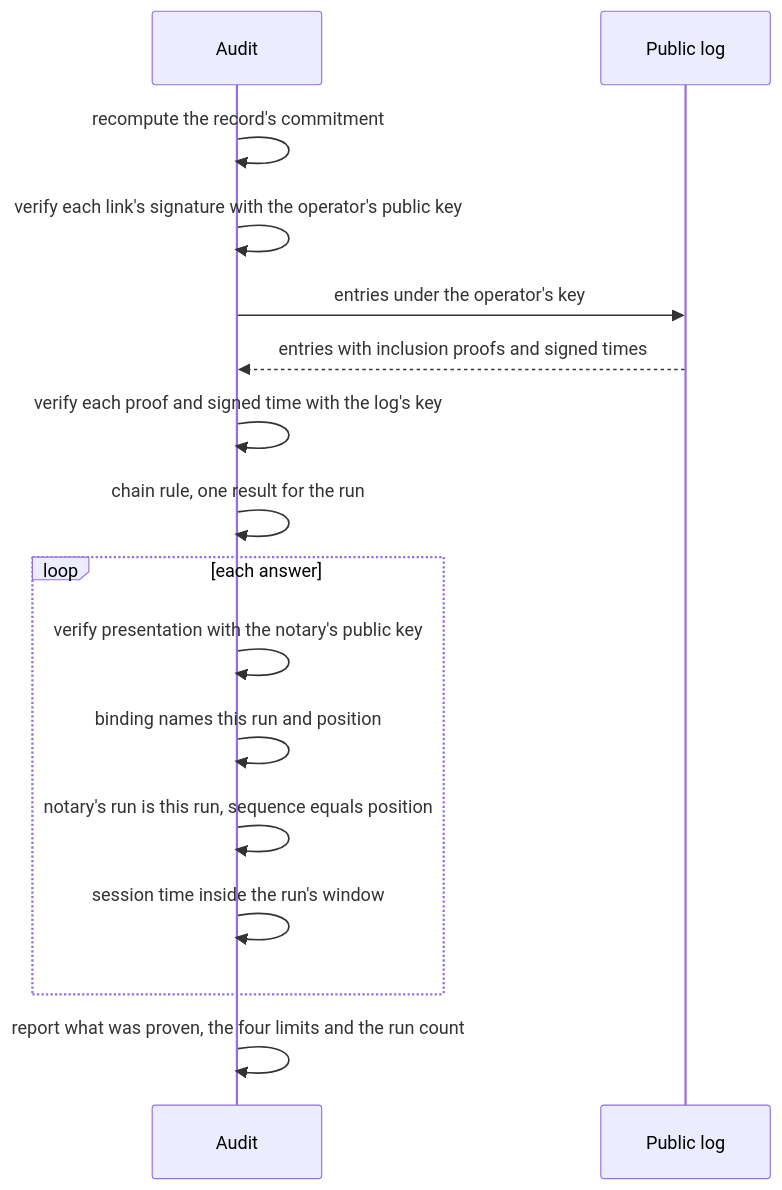
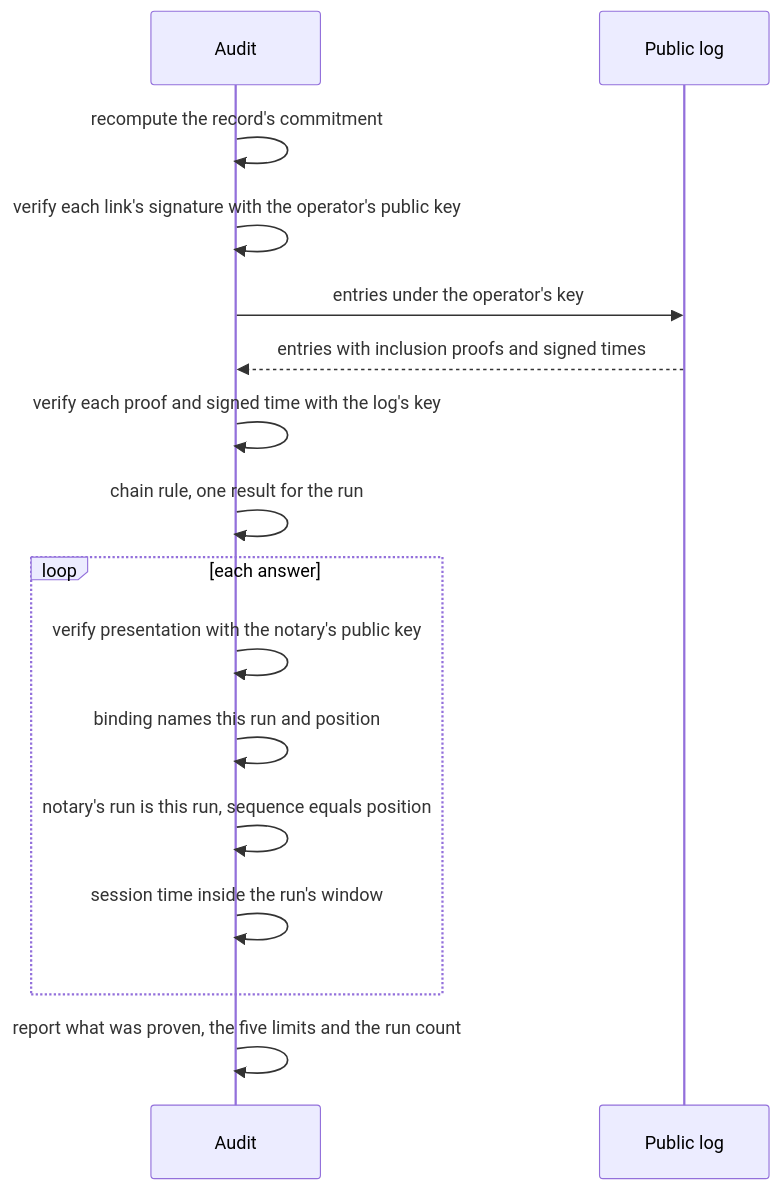
One commit to hyaloslabs/hyalos changed the sixth of 6 diagrams in docs/plans/hyalos-kernel-notary/design.md. Above: the diagram before and after it, drawn with Mermaid. The commit also changed other lines of this file and 6 other files, not shown here.

````diff
--- a/docs/plans/hyalos-kernel-notary/design.md
+++ b/docs/plans/hyalos-kernel-notary/design.md
@@ -244,18 +244,18 @@
 ```mermaid
 sequenceDiagram
   participant AU as Audit
   participant LOG as Public log
   AU->>AU: recompute the record's commitment
   AU->>AU: verify each link's signature with the operator's public key
   AU->>LOG: entries under the operator's key
   LOG-->>AU: entries with inclusion proofs and signed times
   AU->>AU: verify each proof and signed time with the log's key
   AU->>AU: chain rule, one result for the run
   loop each answer
     AU->>AU: verify presentation with the notary's public key
     AU->>AU: binding names this run and position
     AU->>AU: notary's run is this run, sequence equals position
     AU->>AU: session time inside the run's window
   end
-  AU->>AU: report what was proven, the four limits and the run count
+  AU->>AU: report what was proven, the five limits and the run count
 ```
````
